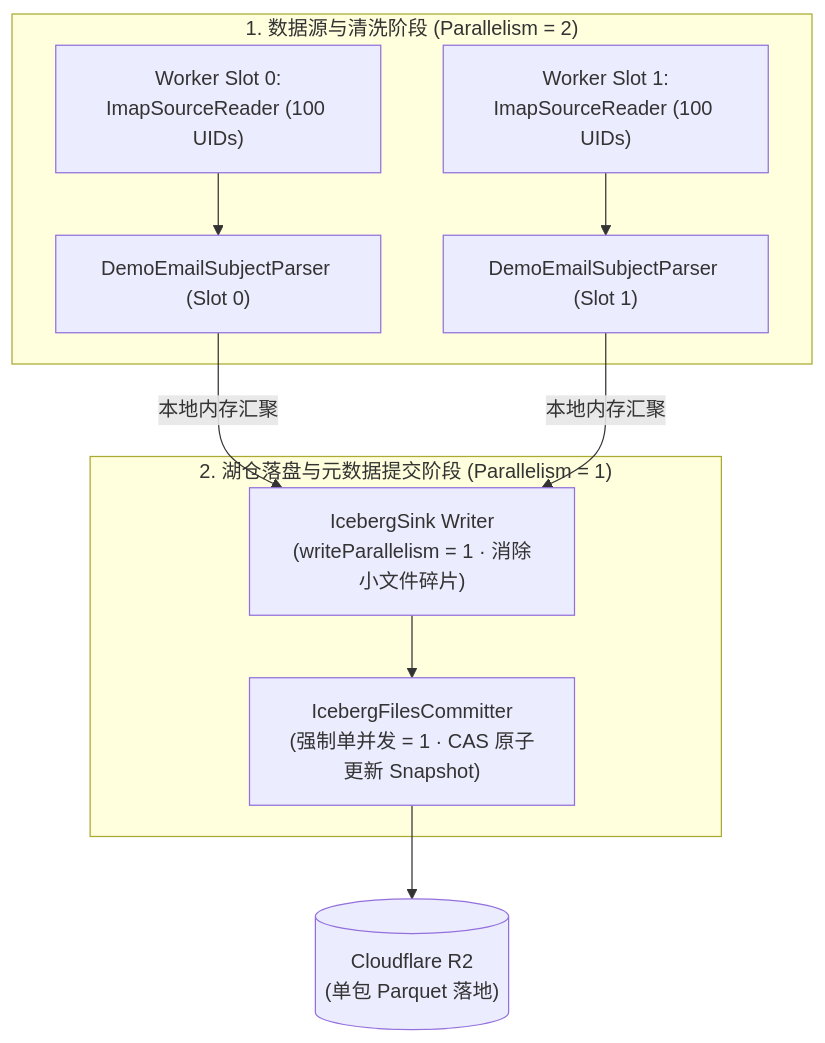
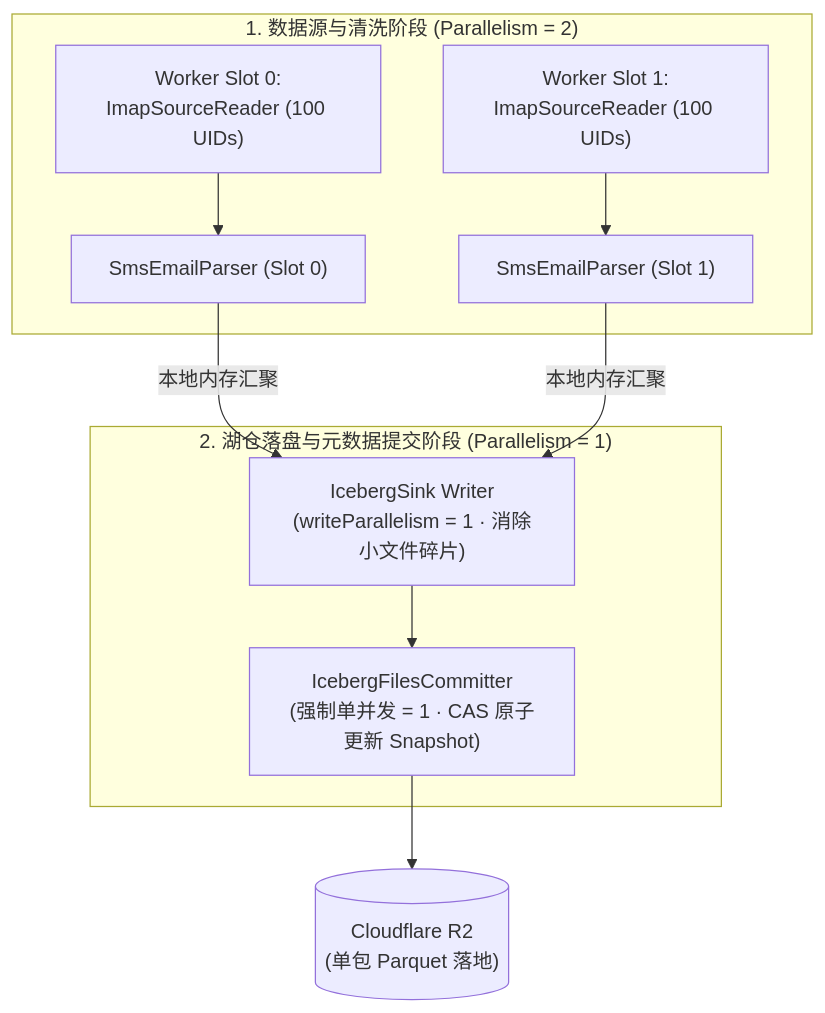
The sixth of 6 diagrams in docs/flink-flip27-ingestion-architecture-deep-dive.md (nvd11/sms-flink-etl), drawn with Mermaid before and after one commit. The commit also changed other lines of this file and 13 other files, not shown here.

Commit message:
refactor(transform): rename DemoEmailSubjectParser to SmsEmailParser and clean up legacy dead code

````diff
--- a/docs/flink-flip27-ingestion-architecture-deep-dive.md
+++ b/docs/flink-flip27-ingestion-architecture-deep-dive.md
@@ -402,21 +402,21 @@
 ```mermaid
 flowchart TB
     subgraph SourceStage["1. 数据源与清洗阶段 (Parallelism = 2)"]
         S0["Worker Slot 0:<br/>ImapSourceReader (100 UIDs)"]
         S1["Worker Slot 1:<br/>ImapSourceReader (100 UIDs)"]
-        P0["DemoEmailSubjectParser (Slot 0)"]
-        P1["DemoEmailSubjectParser (Slot 1)"]
+        P0["SmsEmailParser (Slot 0)"]
+        P1["SmsEmailParser (Slot 1)"]
         S0 --> P0
         S1 --> P1
     end
 
     subgraph SinkStage["2. 湖仓落盘与元数据提交阶段 (Parallelism = 1)"]
         Writer["IcebergSink Writer<br/>(writeParallelism = 1 · 消除小文件碎片)"]
         Committer["IcebergFilesCommitter<br/>(强制单并发 = 1 · CAS 原子更新 Snapshot)"]
         Writer --> Committer
     end
 
     P0 -->|本地内存汇聚| Writer
     P1 -->|本地内存汇聚| Writer
     Committer --> R2[("Cloudflare R2<br/>(单包 Parquet 落地)")]
 ```
````
